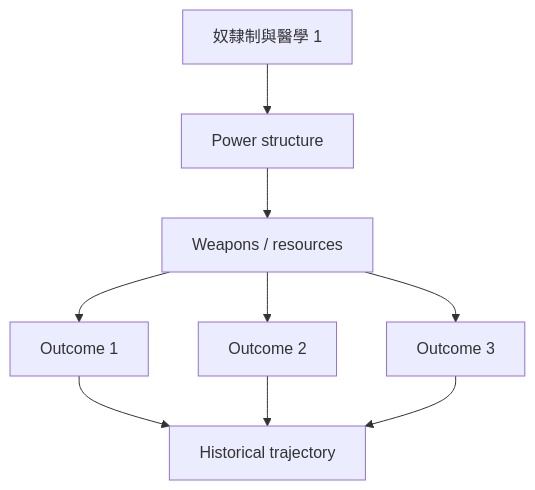
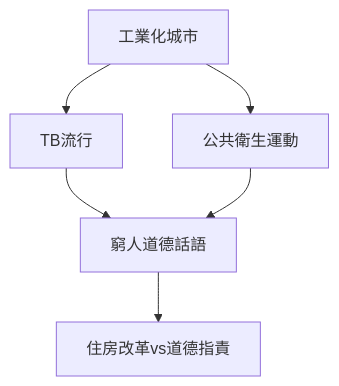
The second of 10 diagrams in 02_Harvard_Courses/Fall_Courses/Hist86_Race_and_Public_Health.md (yip-lgtm/HKU-Harvard-History-Self-Study), drawn with Mermaid before and after one commit. The commit also changed other lines of this file and 15 other files, not shown here.

````diff
--- a/02_Harvard_Courses/Fall_Courses/Hist86_Race_and_Public_Health.md
+++ b/02_Harvard_Courses/Fall_Courses/Hist86_Race_and_Public_Health.md
@@ -146,11 +112,8 @@
 ```mermaid
 graph TD
-    A[奴隸制與醫學 1] --> B[Power structure]
-    B --> C[Weapons / resources]
-    C --> D[Outcome 1]
-    C --> E[Outcome 2]
-    C --> F[Outcome 3]
-    D --> G[Historical trajectory]
-    E --> G
-    F --> G
+    A[工業化城市] --> B[TB流行]
+    A --> C[公共衛生運動]
+    B --> D[窮人道德話語]
+    C --> D
+    D --> E[住房改革vs道德指責]
 ```
````
